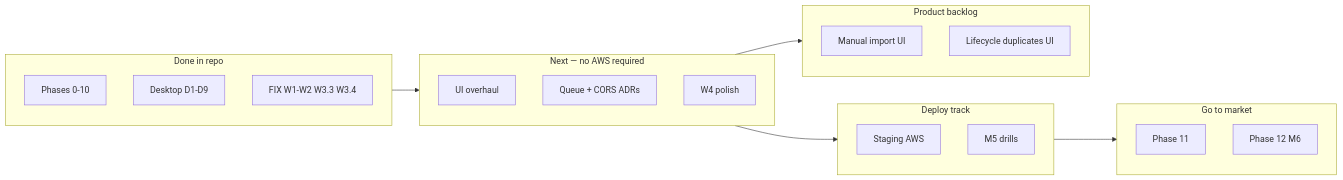
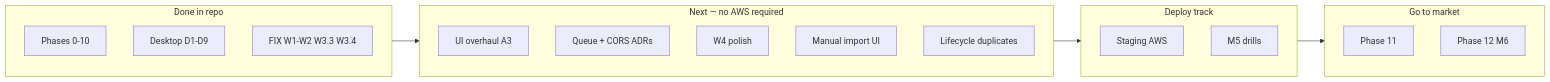
The diagram in BUILD_PLAN.md (klatar200/EDI-Hub), drawn with Mermaid before and after one commit. The commit also changed other lines of this file and 14 other files, not shown here.

````diff
--- a/BUILD_PLAN.md
+++ b/BUILD_PLAN.md
@@ -40,27 +71,24 @@
 ```mermaid
 flowchart LR
   subgraph done [Done in repo]
     P0[Phases 0-10]
     DT[Desktop D1-D9]
     FIX[FIX W1-W2 W3.3 W3.4]
   end
   subgraph next [Next — no AWS required]
-    UI[UI overhaul]
+    UI[UI overhaul A3]
     ADR[Queue + CORS ADRs]
     POL[W4 polish]
+    MI[Manual import UI]
+    LD[Lifecycle duplicates]
   end
   subgraph deploy [Deploy track]
     A1[Staging AWS]
     A2[M5 drills]
-  end
-  subgraph product [Product backlog]
-    MI[Manual import UI]
-    LD[Lifecycle duplicates UI]
   end
   subgraph market [Go to market]
     P11[Phase 11]
     P12[Phase 12 M6]
   end
   done --> next --> deploy --> market
-  next --> product
 ```
````
